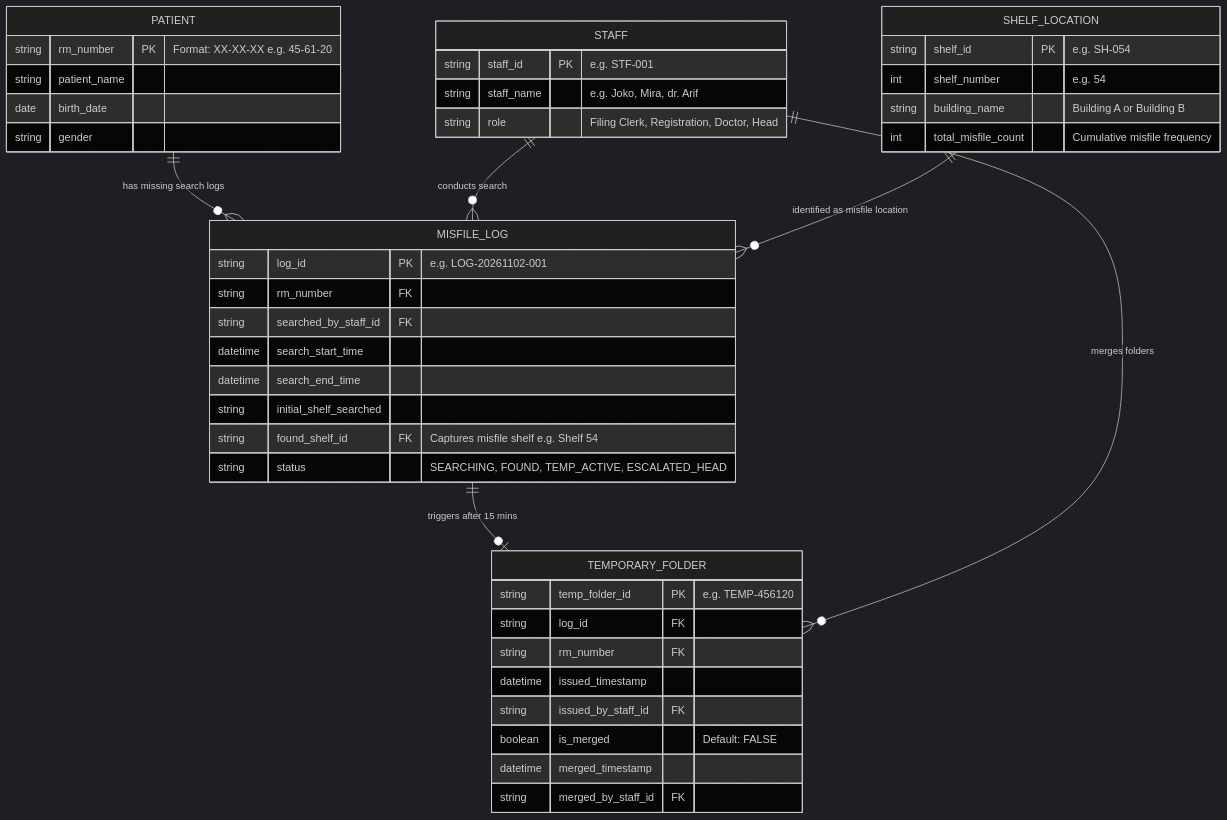
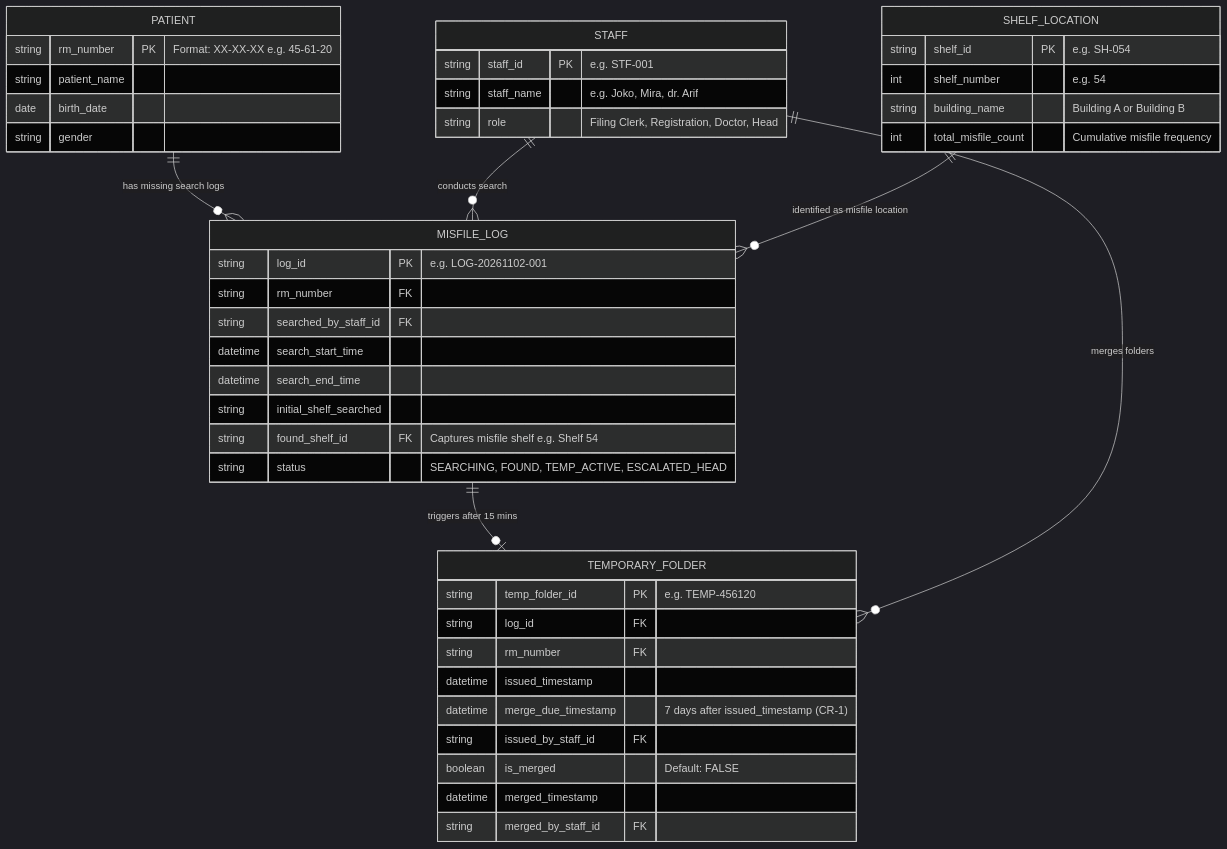
Before and after one commit to pradanailham64-boop/rke517-uts-kj101-02: the diagram in docs/B_models/ERD.md, drawn with Mermaid (dark theme). The commit also changed other lines of this file and 9 other files, not shown here.

````diff
--- a/docs/B_models/ERD.md
+++ b/docs/B_models/ERD.md
@@ -23,50 +24,51 @@
 ```mermaid
 erDiagram
     PATIENT ||--o{ MISFILE_LOG : "has missing search logs"
     STAFF ||--o{ MISFILE_LOG : "conducts search"
     MISFILE_LOG ||--o| TEMPORARY_FOLDER : "triggers after 15 mins"
     SHELF_LOCATION ||--o{ MISFILE_LOG : "identified as misfile location"
     STAFF ||--o{ TEMPORARY_FOLDER : "merges folders"
 
     PATIENT {
         string rm_number PK "Format: XX-XX-XX e.g. 45-61-20"
         string patient_name
         date birth_date
         string gender
     }
 
     STAFF {
         string staff_id PK "e.g. STF-001"
         string staff_name "e.g. Joko, Mira, dr. Arif"
         string role "Filing Clerk, Registration, Doctor, Head"
     }
 
     SHELF_LOCATION {
         string shelf_id PK "e.g. SH-054"
         int shelf_number "e.g. 54"
         string building_name "Building A or Building B"
         int total_misfile_count "Cumulative misfile frequency"
     }
 
     MISFILE_LOG {
         string log_id PK "e.g. LOG-20261102-001"
         string rm_number FK
         string searched_by_staff_id FK
         datetime search_start_time
         datetime search_end_time
         string initial_shelf_searched
         string found_shelf_id FK "Captures misfile shelf e.g. Shelf 54"
         string status "SEARCHING, FOUND, TEMP_ACTIVE, ESCALATED_HEAD"
     }
 
     TEMPORARY_FOLDER {
         string temp_folder_id PK "e.g. TEMP-456120"
         string log_id FK
         string rm_number FK
         datetime issued_timestamp
+        datetime merge_due_timestamp "7 days after issued_timestamp (CR-1)"
         string issued_by_staff_id FK
         boolean is_merged "Default: FALSE"
         datetime merged_timestamp
         string merged_by_staff_id FK
     }
 ```
````
